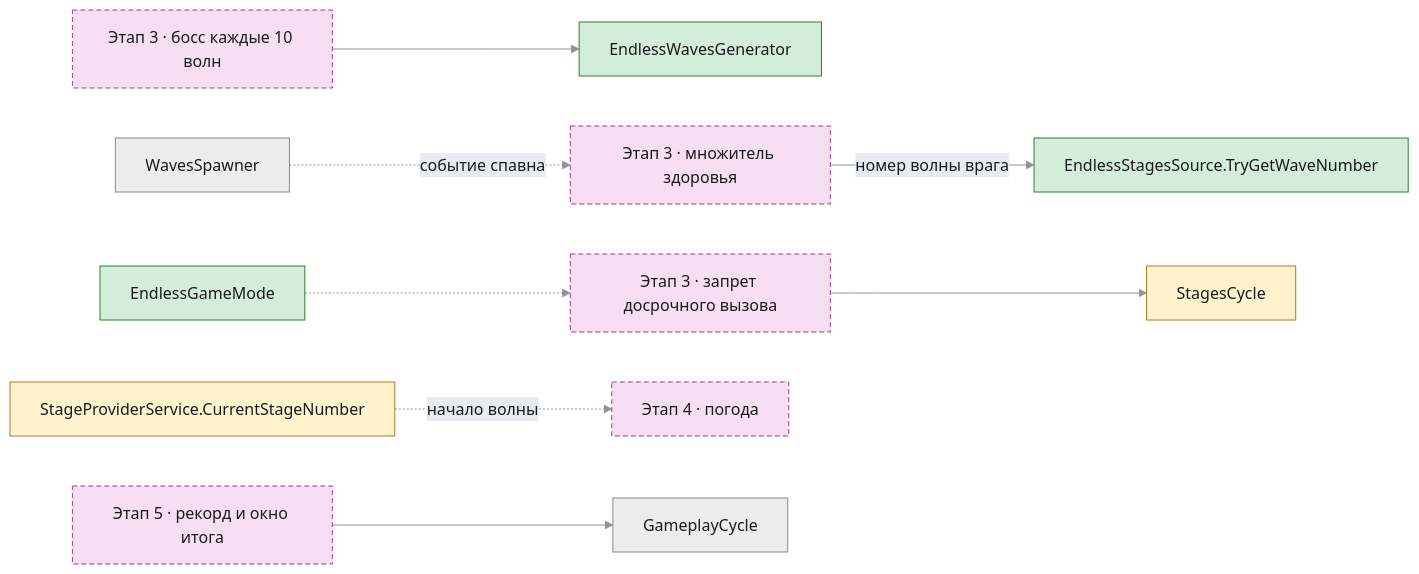
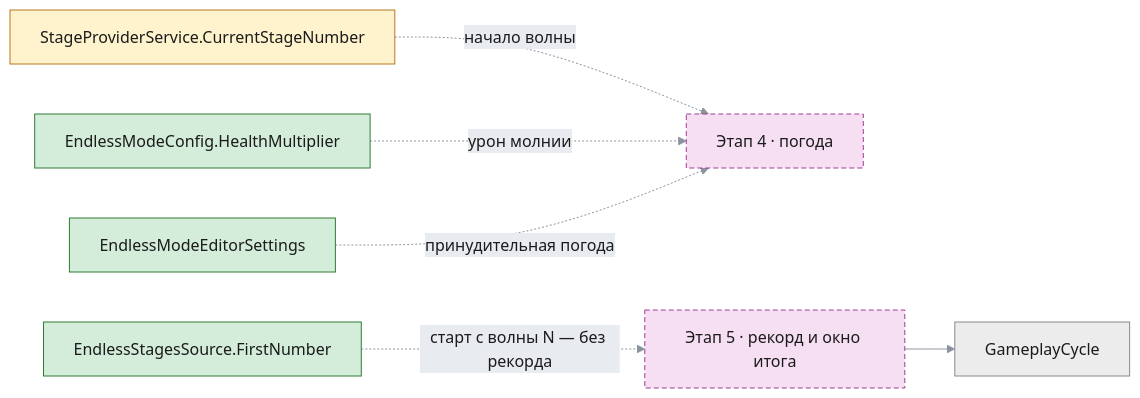
Diagram 23 of 24 in Docs/EndlessModeArchitecture.md (TheImperialGuard/KingdomStandTD), drawn with Mermaid before and after one commit. The commit also changed other lines of this file, not shown here.

Commit message:
docs(endless): Draw the bosses, health growth and wave call of the endless mode

````diff
--- a/Docs/EndlessModeArchitecture.md
+++ b/Docs/EndlessModeArchitecture.md
@@ -477,16 +713,14 @@
 ```mermaid
 %%{init: {"theme": "base", "themeVariables": {"primaryColor": "#dbe9f9", "primaryTextColor": "#1b1b1b", "primaryBorderColor": "#5b8fd1", "lineColor": "#8b949e", "textColor": "#8b949e", "edgeLabelBackground": "#e8ecf1", "clusterBkg": "rgba(139,148,158,0.10)", "clusterBorder": "#8b949e", "titleColor": "#8b949e"}}}%%
 flowchart LR
     classDef new fill:#d4edda,stroke:#2e7d32,color:#1b1b1b
     classDef changed fill:#fff3cd,stroke:#b7791f,color:#1b1b1b
     classDef old fill:#ececec,stroke:#8a8a8a,color:#1b1b1b
     classDef future fill:#f6dff3,stroke:#9c3f91,color:#1b1b1b,stroke-dasharray:5 3
 
-    Bosses["Этап 3 · босс каждые 10 волн"]:::future --> Gen["EndlessWavesGenerator"]:::new
-    Spawner["WavesSpawner"]:::old -.->|событие спавна| Health["Этап 3 · множитель здоровья"]:::future
-    Health -->|номер волны врага| Source["EndlessStagesSource.TryGetWaveNumber"]:::new
-    Mode["EndlessGameMode"]:::new -.-> Skip["Этап 3 · запрет досрочного вызова"]:::future
-    Skip --> Cycle["StagesCycle"]:::changed
     Provider["StageProviderService.CurrentStageNumber"]:::changed -.->|начало волны| Weather["Этап 4 · погода"]:::future
+    Multiplier["EndlessModeConfig.HealthMultiplier"]:::new -.->|урон молнии| Weather
+    Prefs["EndlessModeEditorSettings"]:::new -.->|принудительная погода| Weather
     Record["Этап 5 · рекорд и окно итога"]:::future --> GameplayCycle["GameplayCycle"]:::old
+    Source["EndlessStagesSource.FirstNumber"]:::new -.->|старт с волны N — без рекорда| Record
 ```
````
